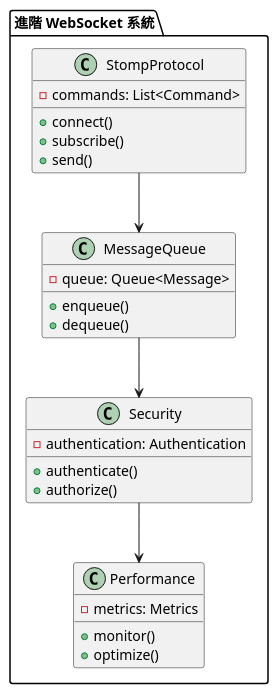
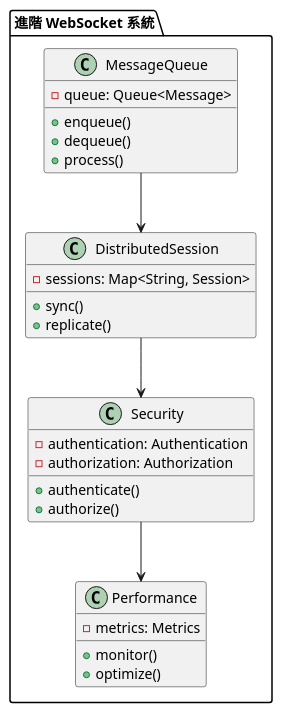
Before and after one commit to fine5351/info-sync: the third of 3 diagrams in doc/learning/lib/spring_websocket_tutorial.md, drawn with PlantUML. The commit also changed other lines of this file and 4 other files, not shown here.

````diff
--- a/doc/learning/lib/spring_websocket_tutorial.md
+++ b/doc/learning/lib/spring_websocket_tutorial.md
@@ -243,34 +273,35 @@
 ```plantuml
 @startuml
 package "進階 WebSocket 系統" {
-    class StompProtocol {
-        - commands: List<Command>
-        + connect()
-        + subscribe()
-        + send()
-    }
-    
     class MessageQueue {
         - queue: Queue<Message>
         + enqueue()
         + dequeue()
+        + process()
+    }
+    
+    class DistributedSession {
+        - sessions: Map<String, Session>
+        + sync()
+        + replicate()
     }
     
     class Security {
         - authentication: Authentication
+        - authorization: Authorization
         + authenticate()
         + authorize()
     }
     
     class Performance {
         - metrics: Metrics
         + monitor()
         + optimize()
     }
 }
 
-StompProtocol --> MessageQueue
-MessageQueue --> Security
+MessageQueue --> DistributedSession
+DistributedSession --> Security
 Security --> Performance
 @enduml
 ```
````
